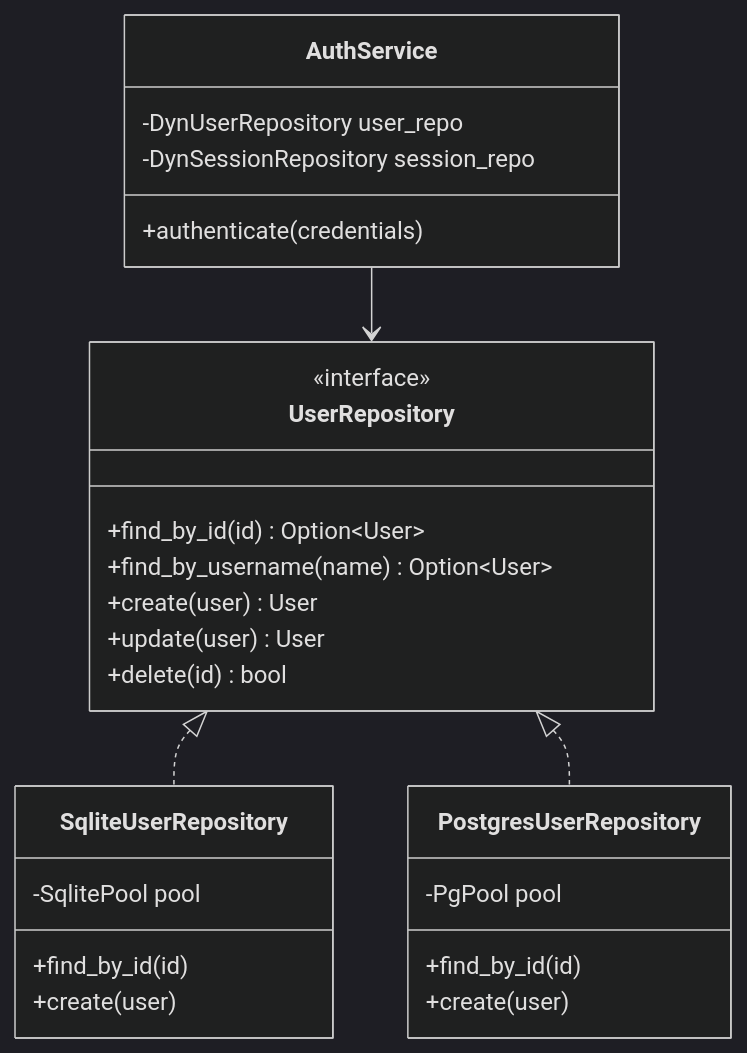
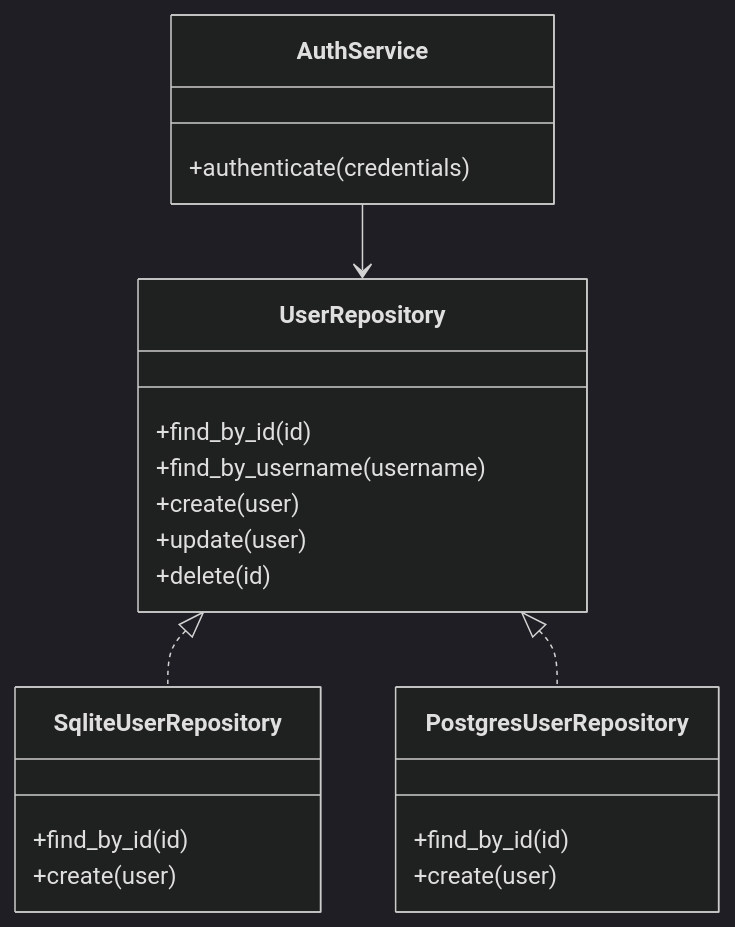
Before and after one commit to thakares/nx9-auth: the third of 8 diagrams in docs/ARCHITECTURE.md, drawn with Mermaid (dark theme). The commit also changed other lines of this file, not shown here.

Commit message:
docs: add architecture documentation and standardize filenames

````diff
--- a/docs/ARCHITECTURE.md
+++ b/docs/ARCHITECTURE.md
@@ -137,33 +125,24 @@
 ```mermaid
 classDiagram
     class UserRepository {
-        <<interface>>
-        +find_by_id(id) Option~User~
-        +find_by_username(name) Option~User~
-        +create(user) User
-        +update(user) User
-        +delete(id) bool
+        +find_by_id(id)
+        +find_by_username(username)
+        +create(user)
+        +update(user)
+        +delete(id)
     }
-
     class SqliteUserRepository {
-        -SqlitePool pool
         +find_by_id(id)
         +create(user)
     }
-
     class PostgresUserRepository {
-        -PgPool pool
         +find_by_id(id)
         +create(user)
     }
-
     class AuthService {
-        -DynUserRepository user_repo
-        -DynSessionRepository session_repo
         +authenticate(credentials)
     }
-
     UserRepository <|.. SqliteUserRepository
     UserRepository <|.. PostgresUserRepository
     AuthService --> UserRepository
 ```
````
